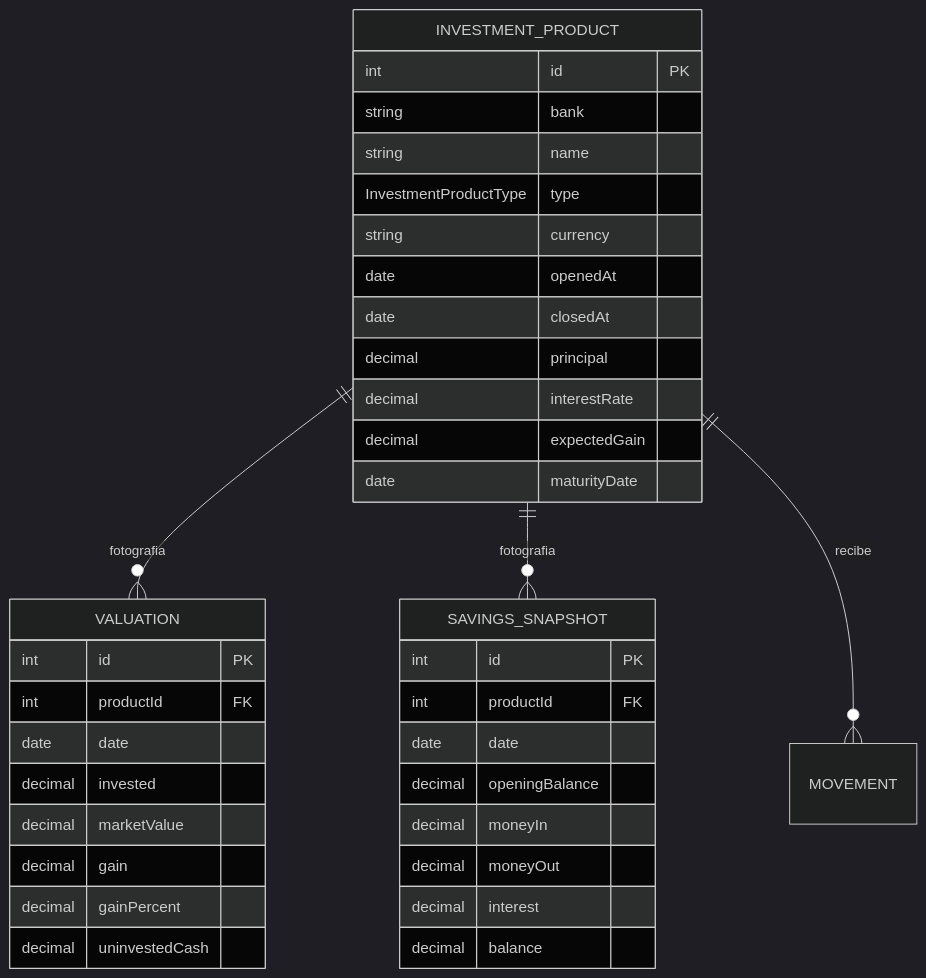
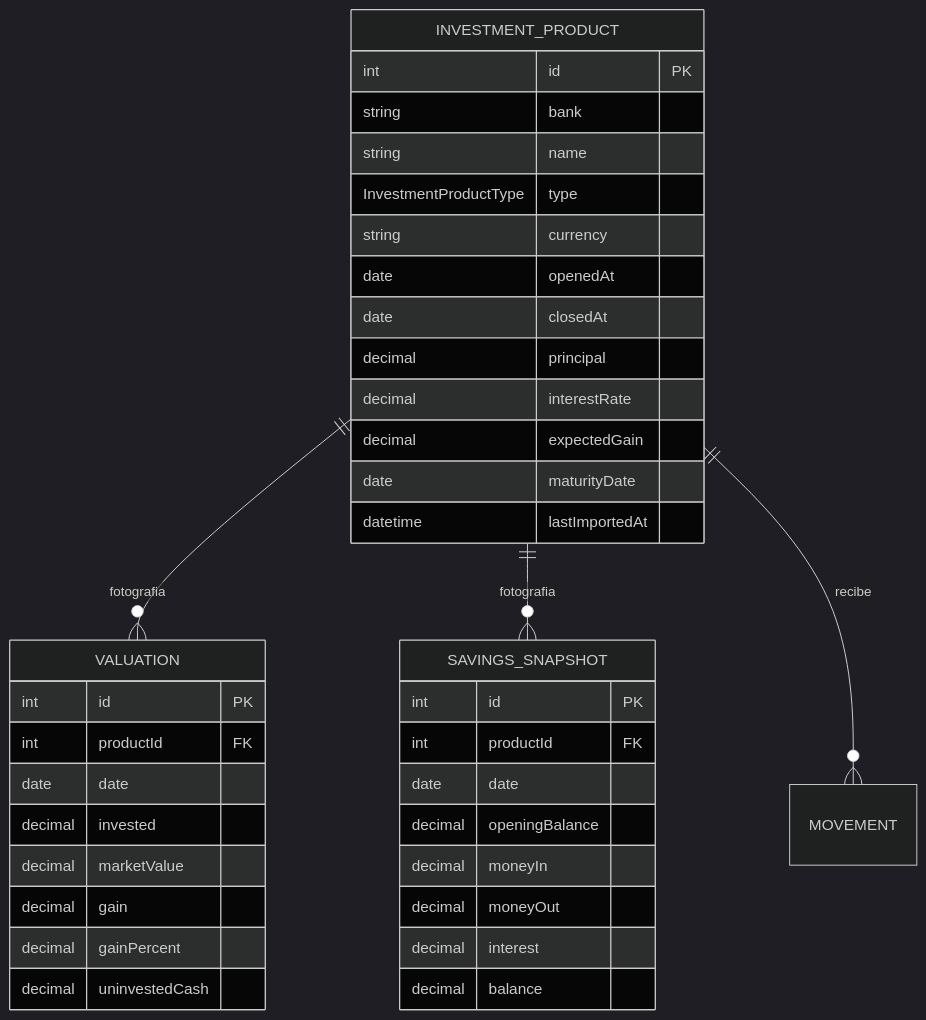
Before and after one commit to wanyos/control-gastos-backend: the second of 2 diagrams in docs/data-model.md, drawn with Mermaid (dark theme). The commit also changed other lines of this file and 32 other files, not shown here.

````diff
--- a/docs/data-model.md
+++ b/docs/data-model.md
@@ -876,39 +883,40 @@
 ```mermaid
 erDiagram
     INVESTMENT_PRODUCT ||--o{ VALUATION : fotografia
     INVESTMENT_PRODUCT ||--o{ SAVINGS_SNAPSHOT : fotografia
     INVESTMENT_PRODUCT ||--o{ MOVEMENT : recibe
     INVESTMENT_PRODUCT {
         int id PK
         string bank
         string name
         InvestmentProductType type
         string currency
         date openedAt
         date closedAt
         decimal principal
         decimal interestRate
         decimal expectedGain
         date maturityDate
+        datetime lastImportedAt
     }
     VALUATION {
         int id PK
         int productId FK
         date date
         decimal invested
         decimal marketValue
         decimal gain
         decimal gainPercent
         decimal uninvestedCash
     }
     SAVINGS_SNAPSHOT {
         int id PK
         int productId FK
         date date
         decimal openingBalance
         decimal moneyIn
         decimal moneyOut
         decimal interest
         decimal balance
     }
 ```
````
